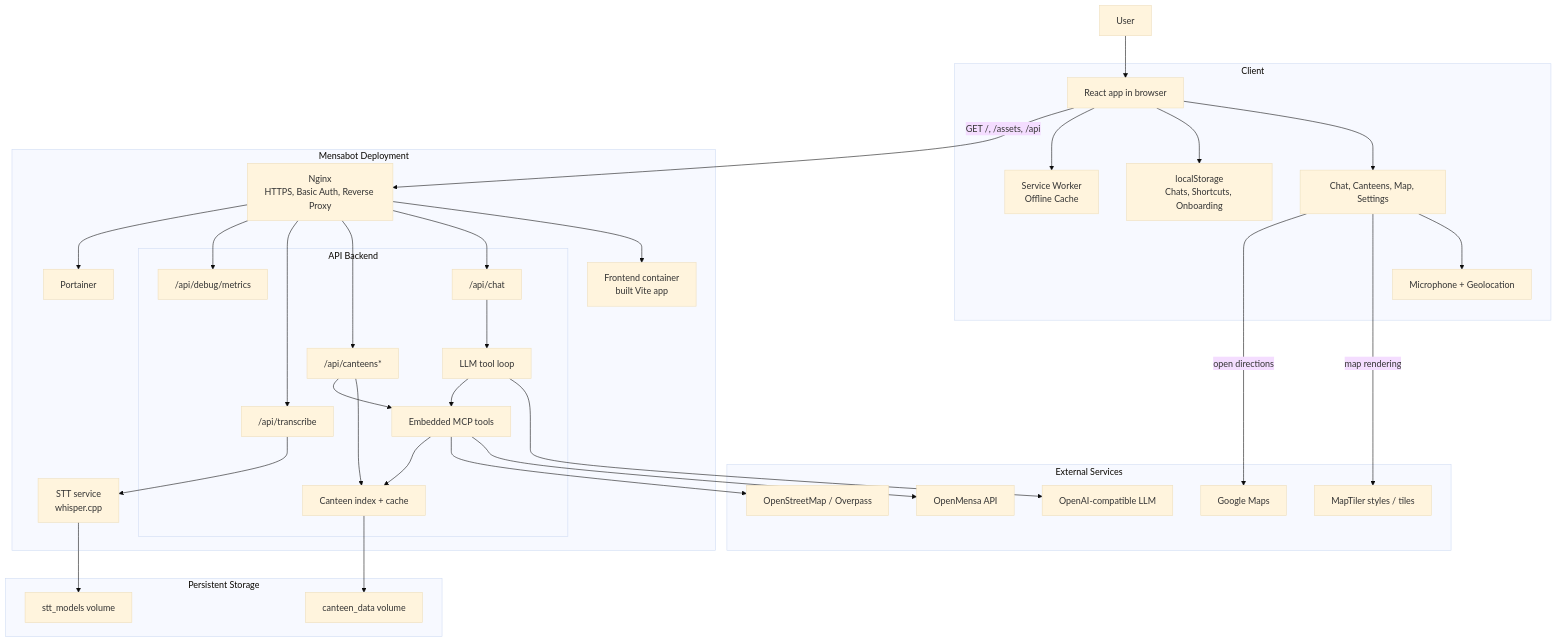
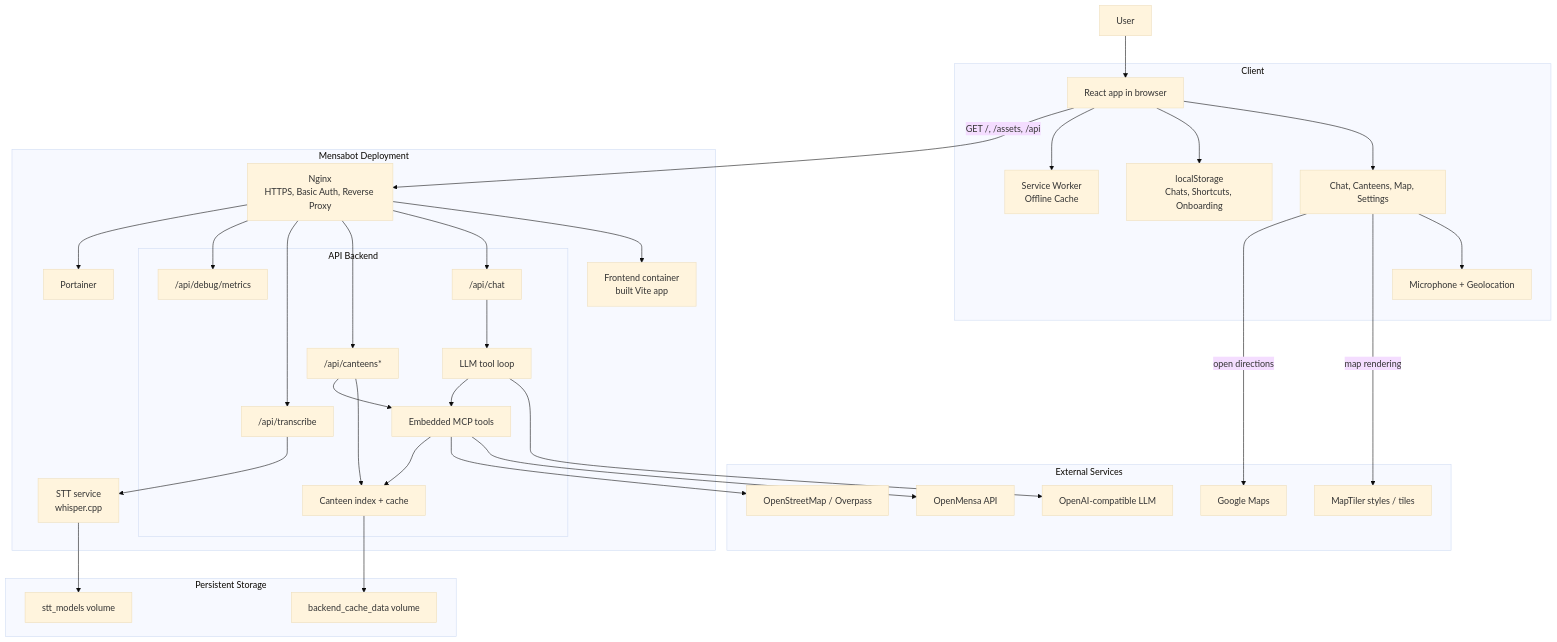
Before and after one commit to tobiasv1337/Mensabot: the diagram in README.md, drawn with Mermaid (base theme). The commit also changed other lines of this file and 8 other files, not shown here.

Commit message:
Extended the shared cache implementation. It now can live across restarts of the backend by persisting it to the disk as a file.

````diff
--- a/README.md
+++ b/README.md
@@ -41,73 +41,73 @@
 ```mermaid
 flowchart TB
     U["User"]
 
     subgraph C["Client"]
         App["React app in browser"]
         Views["Chat, Canteens, Map, Settings"]
         Local["localStorage<br/>Chats, Shortcuts, Onboarding"]
         SW["Service Worker<br/>Offline Cache"]
         Device["Microphone + Geolocation"]
     end
 
     subgraph D["Mensabot Deployment"]
         N["Nginx<br/>HTTPS, Basic Auth, Reverse Proxy"]
         F["Frontend container<br/>built Vite app"]
         subgraph A["API Backend"]
             Chat["/api/chat"]
             Canteens["/api/canteens*"]
             Transcribe["/api/transcribe"]
             Debug["/api/debug/metrics"]
             Loop["LLM tool loop"]
             MCP["Embedded MCP tools"]
             Index["Canteen index + cache"]
         end
         S["STT service<br/>whisper.cpp"]
         R["Portainer"]
     end
 
     subgraph E["External Services"]
         L["OpenAI-compatible LLM"]
         O["OpenMensa API"]
         P["OpenStreetMap / Overpass"]
         T["MapTiler styles / tiles"]
         G["Google Maps"]
     end
 
     subgraph V["Persistent Storage"]
         Models["stt_models volume"]
-        Data["canteen_data volume"]
+        Data["backend_cache_data volume"]
     end
 
     U --> App
     App --> Views
     App --> Local
     App --> SW
     Views --> Device
 
     App -->|"GET /, /assets, /api"| N
     Views -->|"map rendering"| T
     Views -->|"open directions"| G
 
     N --> F
     N --> Chat
     N --> Canteens
     N --> Transcribe
     N --> Debug
     N --> R
 
     Chat --> Loop
     Loop --> L
     Loop --> MCP
 
     Canteens --> Index
     Canteens --> MCP
     Transcribe --> S
 
     MCP --> O
     MCP --> P
     MCP --> Index
 
     S --> Models
     Index --> Data
 ```
````
